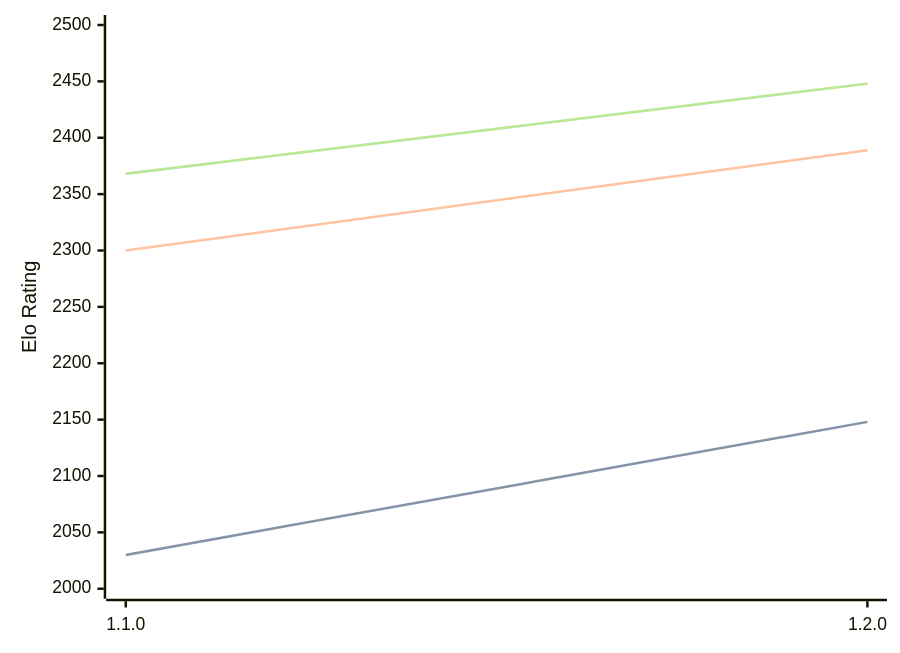
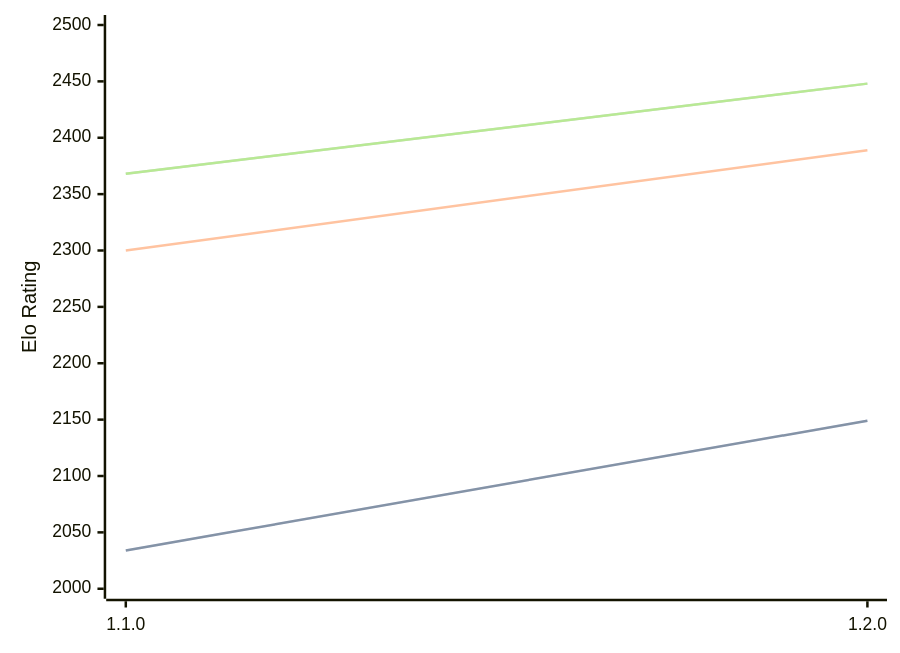
The diagram in engines/Gyatso.md (computer-chess-index/cci), drawn with Mermaid before and after one commit. The commit also changed other lines of this file, not shown here.

````diff
--- a/engines/Gyatso.md
+++ b/engines/Gyatso.md
@@ -30,11 +30,11 @@
 ```mermaid
 %%{init: {"theme":"base","themeVariables":{"seriesColors:['#a3a3a3','#222221','#faa371']}}}%%
 xychart-beta
   x-axis ["1.1.0", "1.2.0"]
   y-axis "Elo Rating" 2000 --> 2500
-  line "STC (8.0+0.08s)" [2030, 2148]
-  line "STC (8.0+0.08s)" [2030, 2148]
+  line "STC (8.0+0.08s)" [2034, 2149]
+  line "STC (8.0+0.08s)" [2034, 2149]
   line "LTC (60.0+0.60s)" [2300, 2389]
   line "VLTC (2m24s+1.12s)" [2368, 2448]
   line "VLTC (2m24s+1.12s)" [2368, 2448]
 ```
````
